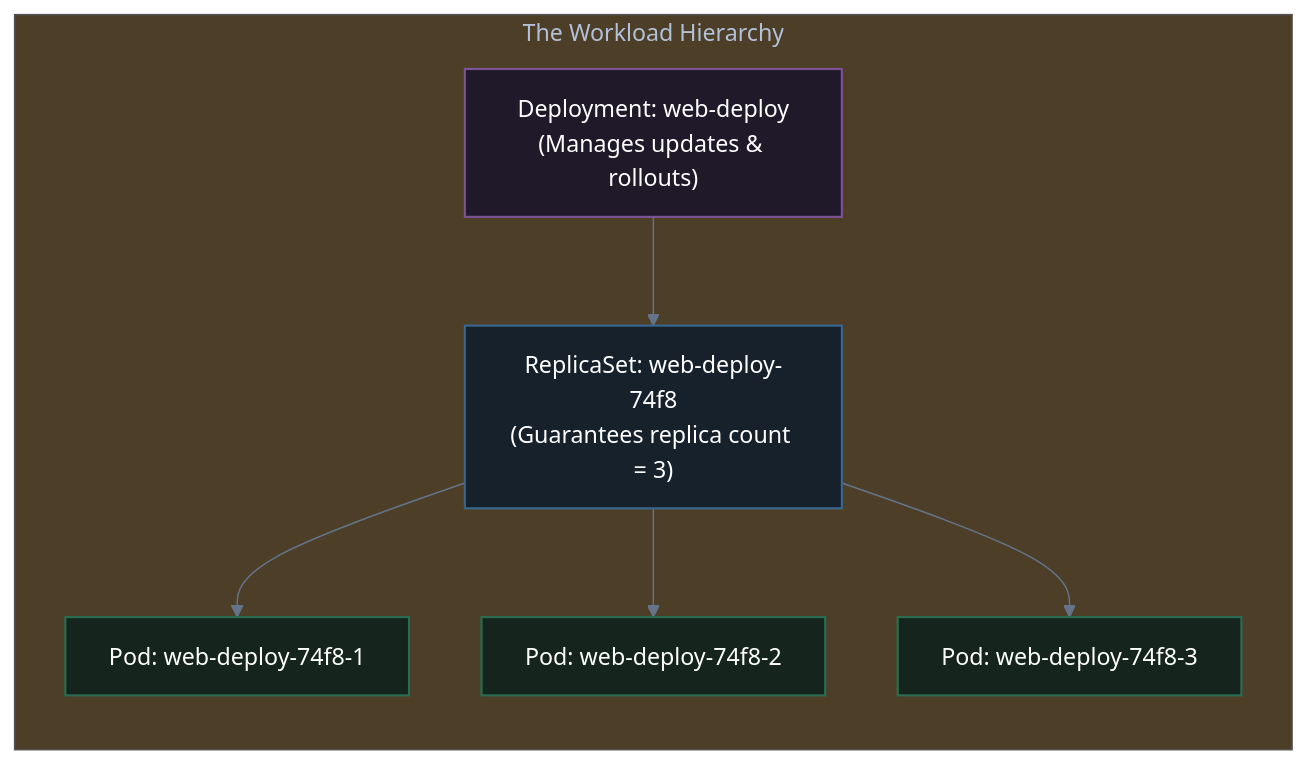
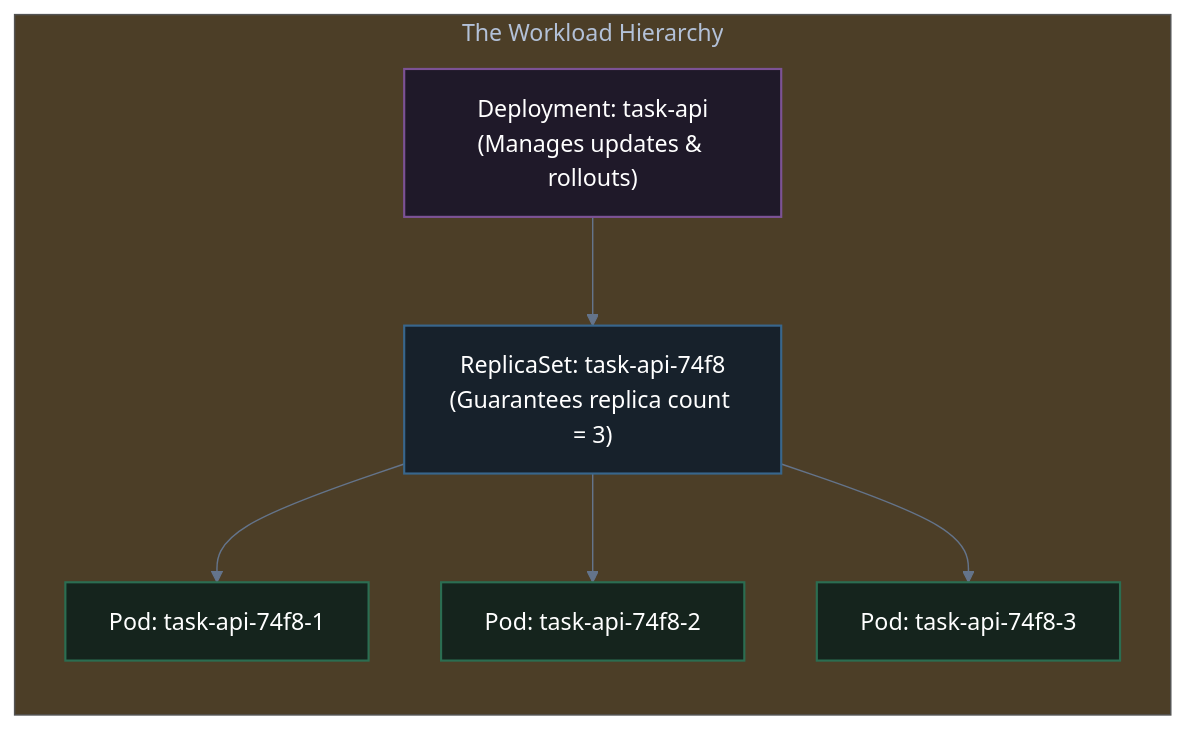
Before and after one commit to heinhtetzan/k8s-in-production: the fourth of 5 diagrams in 05-learn-k8s/03-kubectl-commands-pods-and-networking.md, drawn with Mermaid. The commit also changed other lines of this file and 9 other files, not shown here.

Commit message:
feat: add task-api sample application and update guide examples

````diff
--- a/05-learn-k8s/03-kubectl-commands-pods-and-networking.md
+++ b/05-learn-k8s/03-kubectl-commands-pods-and-networking.md
@@ -351,35 +357,35 @@
 ```mermaid
 %%{init: {
   'theme': 'base',
   'themeVariables': {
     'darkMode': true,
     'background': '#0f172a',
     'primaryColor': '#1e293b',
     'primaryTextColor': '#e2e8f0',
     'primaryBorderColor': '#475569',
     'lineColor': '#64748b',
     'textColor': '#e2e8f0',
     'edgeLabelBackground': '#0f172a'
   },
   'themeCSS': '* { filter: none !important; box-shadow: none !important; } .node * { filter: none !important; } .cluster * { filter: none !important; }'
 }}%%
 flowchart TD
     subgraph DeployHierarchy["The Workload Hierarchy"]
         direction TB
-        Dep["Deployment: web-deploy<br/>(Manages updates & rollouts)"]
-        RS["ReplicaSet: web-deploy-74f8<br/>(Guarantees replica count = 3)"]
+        Dep["Deployment: task-api<br/>(Manages updates & rollouts)"]
+        RS["ReplicaSet: task-api-74f8<br/>(Guarantees replica count = 3)"]
         
         Dep --> RS
-        RS --> P1["Pod: web-deploy-74f8-1"]
-        RS --> P2["Pod: web-deploy-74f8-2"]
-        RS --> P3["Pod: web-deploy-74f8-3"]
+        RS --> P1["Pod: task-api-74f8-1"]
+        RS --> P2["Pod: task-api-74f8-2"]
+        RS --> P3["Pod: task-api-74f8-3"]
     end
 
     classDef c1 fill:#1f1929,stroke:#7c5295,stroke-width:1.5px,color:#ffffff;
     classDef c2 fill:#17212b,stroke:#38668c,stroke-width:1.5px,color:#ffffff;
     classDef c3 fill:#15241d,stroke:#2b6d51,stroke-width:1.5px,color:#ffffff;
 
     class Dep c1;
     class RS c2;
     class P1,P2,P3 c3;
 ```
````
